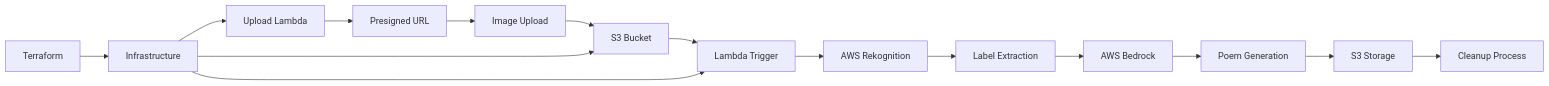
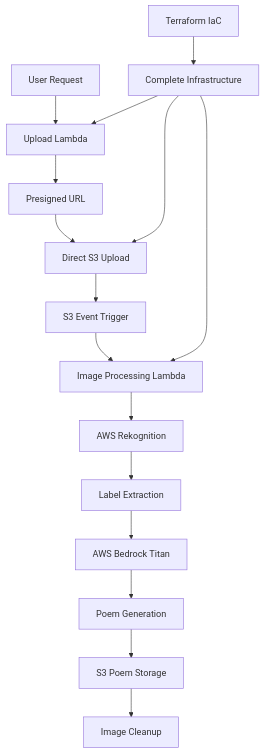
The diagram in 11-serverless-image-recog-poem-engine/README.md (omesh7/aws-portfolio), drawn with Mermaid before and after one commit. The commit also changed other lines of this file and 58 other files, not shown here.

````diff
--- a/11-serverless-image-recog-poem-engine/README.md
+++ b/11-serverless-image-recog-poem-engine/README.md
@@ -23,19 +23,19 @@
 ```mermaid
-graph LR
-    A[Image Upload] --> B[S3 Bucket]
-    B --> C[Lambda Trigger]
-    C --> D[AWS Rekognition]
-    D --> E[Label Extraction]
-    E --> F[AWS Bedrock]
-    F --> G[Poem Generation]
-    G --> H[S3 Storage]
-    H --> I[Cleanup Process]
+graph TB
+    A[User Request] --> B[Upload Lambda]
+    B --> C[Presigned URL]
+    C --> D[Direct S3 Upload]
+    D --> E[S3 Event Trigger]
+    E --> F[Image Processing Lambda]
+    F --> G[AWS Rekognition]
+    G --> H[Label Extraction]
+    H --> I[AWS Bedrock Titan]
+    I --> J[Poem Generation]
+    J --> K[S3 Poem Storage]
+    K --> L[Image Cleanup]
     
-    J[Upload Lambda] --> K[Presigned URL]
-    K --> A
-    
-    L[Terraform] --> M[Infrastructure]
-    M --> B
-    M --> C
-    M --> J
+    M[Terraform IaC] --> N[Complete Infrastructure]
+    N --> B
+    N --> F
+    N --> D
 ```
````
